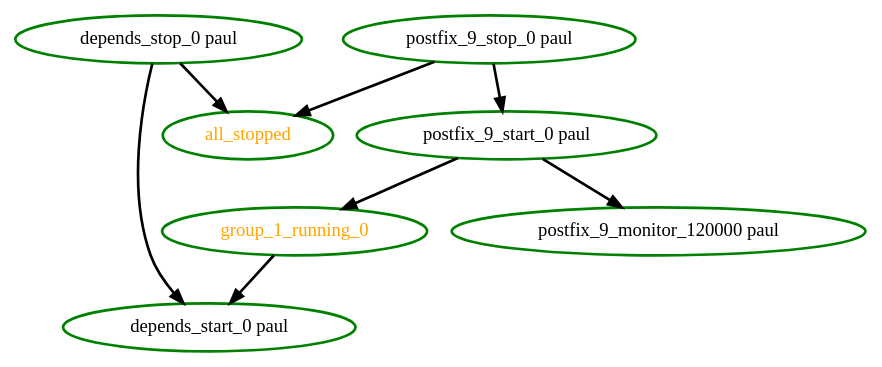
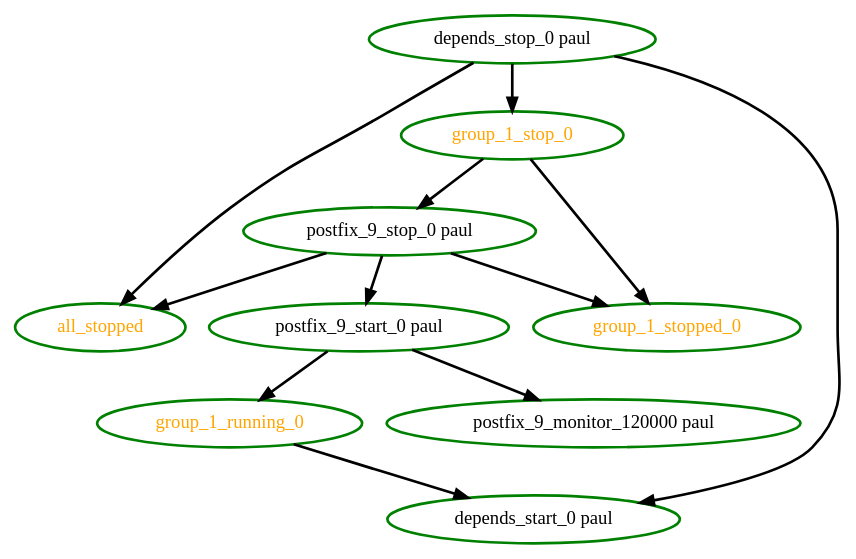
The diagram in pengine/testcases/994-2.dot (linux-ha-japan/pm_diskd), drawn with Graphviz before and after one commit. The commit also changed 27 other files, not shown here.

```diff
--- a/pengine/testcases/994-2.dot
+++ b/pengine/testcases/994-2.dot
@@ -1,16 +1,22 @@
 digraph "g" {
 "all_stopped" [ style=bold color="green" fontcolor="orange"  ]
 "depends_start_0 paul" [ style=bold color="green" fontcolor="black"  ]
 "depends_stop_0 paul" -> "all_stopped" [ style = bold]
 "depends_stop_0 paul" -> "depends_start_0 paul" [ style = bold]
+"depends_stop_0 paul" -> "group_1_stop_0" [ style = bold]
 "depends_stop_0 paul" [ style=bold color="green" fontcolor="black"  ]
 "group_1_running_0" -> "depends_start_0 paul" [ style = bold]
 "group_1_running_0" [ style=bold color="green" fontcolor="orange"  ]
+"group_1_stop_0" -> "group_1_stopped_0" [ style = bold]
+"group_1_stop_0" -> "postfix_9_stop_0 paul" [ style = bold]
+"group_1_stop_0" [ style=bold color="green" fontcolor="orange"  ]
+"group_1_stopped_0" [ style=bold color="green" fontcolor="orange"  ]
 "postfix_9_monitor_120000 paul" [ style=bold color="green" fontcolor="black"  ]
 "postfix_9_start_0 paul" -> "group_1_running_0" [ style = bold]
 "postfix_9_start_0 paul" -> "postfix_9_monitor_120000 paul" [ style = bold]
 "postfix_9_start_0 paul" [ style=bold color="green" fontcolor="black"  ]
 "postfix_9_stop_0 paul" -> "all_stopped" [ style = bold]
+"postfix_9_stop_0 paul" -> "group_1_stopped_0" [ style = bold]
 "postfix_9_stop_0 paul" -> "postfix_9_start_0 paul" [ style = bold]
 "postfix_9_stop_0 paul" [ style=bold color="green" fontcolor="black"  ]
 }
```
